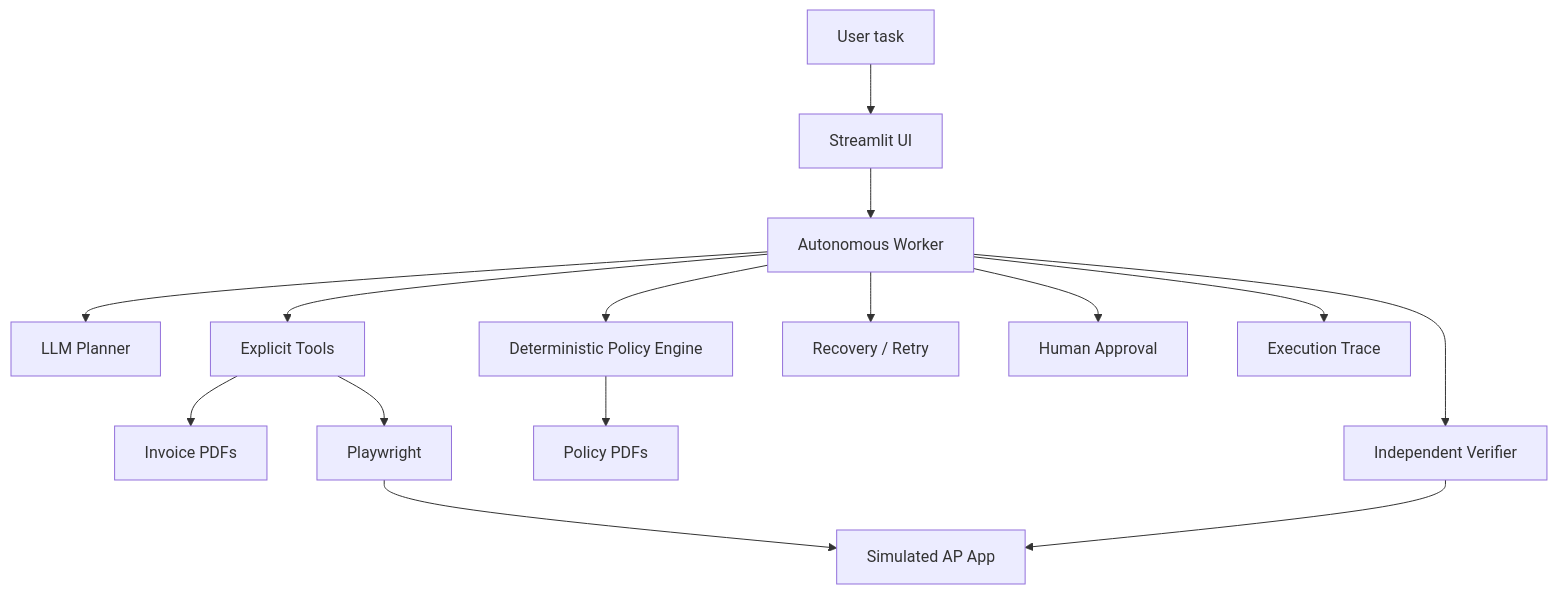
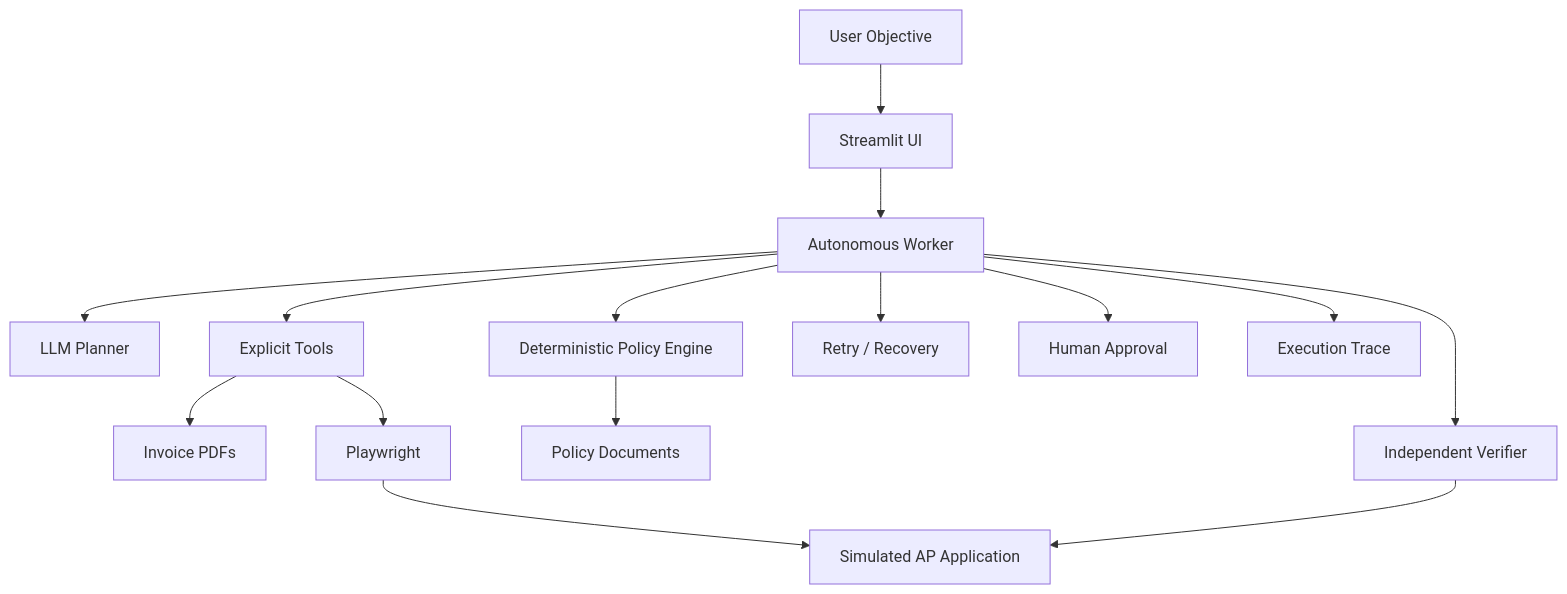
One commit to Riya-712/Autonomous-invoice-processing-agent changed the diagram in README.md. Above: the diagram before and after it, drawn with Mermaid. The commit also changed other lines of this file, not shown here.

````diff
--- a/README.md
+++ b/README.md
@@ -13,17 +15,21 @@
 ```mermaid
 flowchart TD
-    U[User task] --> S[Streamlit UI]
+    U[User Objective] --> S[Streamlit UI]
     S --> W[Autonomous Worker]
     W --> P[LLM Planner]
     W --> T[Explicit Tools]
+
     T --> F[Invoice PDFs]
     T --> B[Playwright]
-    B --> A[Simulated AP App]
+    B --> A[Simulated AP Application]
+
     W --> PE[Deterministic Policy Engine]
-    PE --> POL[Policy PDFs]
-    W --> R[Recovery / Retry]
+    PE --> POL[Policy Documents]
+
+    W --> R[Retry / Recovery]
+    W --> H[Human Approval]
     W --> V[Independent Verifier]
     V --> A
-    W --> H[Human Approval]
+
     W --> X[Execution Trace]
 ```
````
